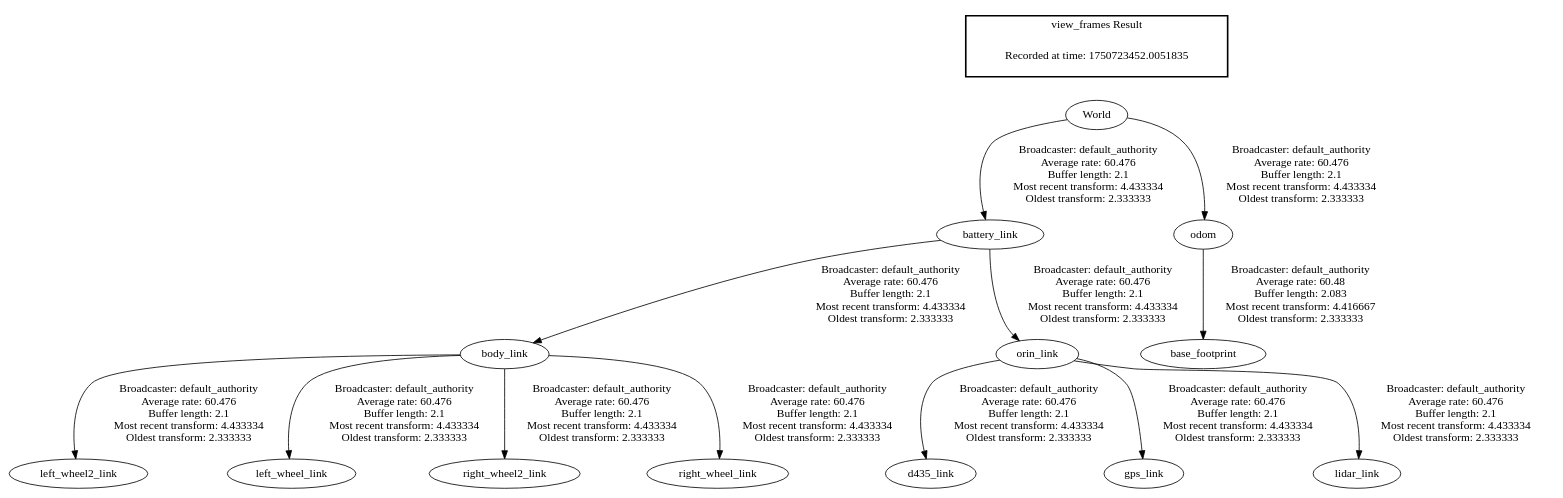
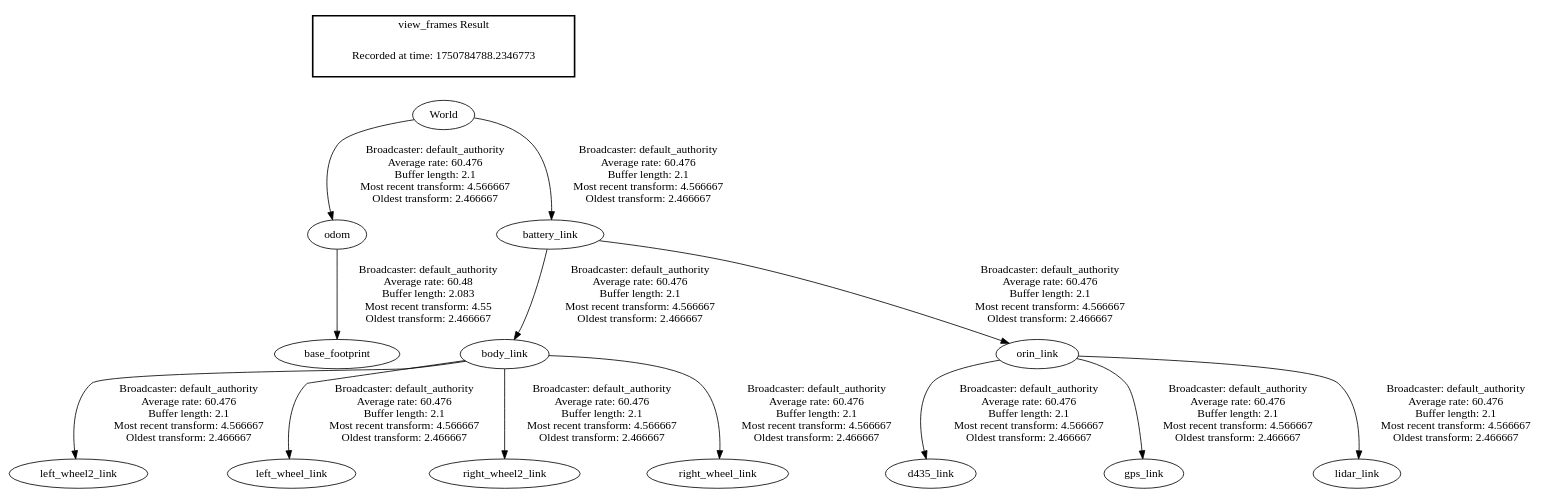
One commit to StuartGJohnson/differential_drive_test changed the diagram in sim_check/isaac/frames_isaacsim.gv. Above: the diagram before and after it, drawn with Graphviz. The commit also changed 88 other files, not shown here.

```diff
--- a/sim_check/isaac/frames_isaacsim.gv
+++ b/sim_check/isaac/frames_isaacsim.gv
@@ -1,18 +1,18 @@
 digraph G {
-"World" -> "battery_link"[label=" Broadcaster: default_authority\nAverage rate: 60.476\nBuffer length: 2.1\nMost recent transform: 4.433334\nOldest transform: 2.333333\n"];
-"battery_link" -> "body_link"[label=" Broadcaster: default_authority\nAverage rate: 60.476\nBuffer length: 2.1\nMost recent transform: 4.433334\nOldest transform: 2.333333\n"];
-"battery_link" -> "orin_link"[label=" Broadcaster: default_authority\nAverage rate: 60.476\nBuffer length: 2.1\nMost recent transform: 4.433334\nOldest transform: 2.333333\n"];
-"body_link" -> "left_wheel2_link"[label=" Broadcaster: default_authority\nAverage rate: 60.476\nBuffer length: 2.1\nMost recent transform: 4.433334\nOldest transform: 2.333333\n"];
-"body_link" -> "left_wheel_link"[label=" Broadcaster: default_authority\nAverage rate: 60.476\nBuffer length: 2.1\nMost recent transform: 4.433334\nOldest transform: 2.333333\n"];
-"body_link" -> "right_wheel2_link"[label=" Broadcaster: default_authority\nAverage rate: 60.476\nBuffer length: 2.1\nMost recent transform: 4.433334\nOldest transform: 2.333333\n"];
-"body_link" -> "right_wheel_link"[label=" Broadcaster: default_authority\nAverage rate: 60.476\nBuffer length: 2.1\nMost recent transform: 4.433334\nOldest transform: 2.333333\n"];
-"orin_link" -> "d435_link"[label=" Broadcaster: default_authority\nAverage rate: 60.476\nBuffer length: 2.1\nMost recent transform: 4.433334\nOldest transform: 2.333333\n"];
-"orin_link" -> "gps_link"[label=" Broadcaster: default_authority\nAverage rate: 60.476\nBuffer length: 2.1\nMost recent transform: 4.433334\nOldest transform: 2.333333\n"];
-"orin_link" -> "lidar_link"[label=" Broadcaster: default_authority\nAverage rate: 60.476\nBuffer length: 2.1\nMost recent transform: 4.433334\nOldest transform: 2.333333\n"];
-"World" -> "odom"[label=" Broadcaster: default_authority\nAverage rate: 60.476\nBuffer length: 2.1\nMost recent transform: 4.433334\nOldest transform: 2.333333\n"];
-"odom" -> "base_footprint"[label=" Broadcaster: default_authority\nAverage rate: 60.48\nBuffer length: 2.083\nMost recent transform: 4.416667\nOldest transform: 2.333333\n"];
+"World" -> "odom"[label=" Broadcaster: default_authority\nAverage rate: 60.476\nBuffer length: 2.1\nMost recent transform: 4.566667\nOldest transform: 2.466667\n"];
+"odom" -> "base_footprint"[label=" Broadcaster: default_authority\nAverage rate: 60.48\nBuffer length: 2.083\nMost recent transform: 4.55\nOldest transform: 2.466667\n"];
+"World" -> "battery_link"[label=" Broadcaster: default_authority\nAverage rate: 60.476\nBuffer length: 2.1\nMost recent transform: 4.566667\nOldest transform: 2.466667\n"];
+"battery_link" -> "body_link"[label=" Broadcaster: default_authority\nAverage rate: 60.476\nBuffer length: 2.1\nMost recent transform: 4.566667\nOldest transform: 2.466667\n"];
+"battery_link" -> "orin_link"[label=" Broadcaster: default_authority\nAverage rate: 60.476\nBuffer length: 2.1\nMost recent transform: 4.566667\nOldest transform: 2.466667\n"];
+"body_link" -> "left_wheel2_link"[label=" Broadcaster: default_authority\nAverage rate: 60.476\nBuffer length: 2.1\nMost recent transform: 4.566667\nOldest transform: 2.466667\n"];
+"body_link" -> "left_wheel_link"[label=" Broadcaster: default_authority\nAverage rate: 60.476\nBuffer length: 2.1\nMost recent transform: 4.566667\nOldest transform: 2.466667\n"];
+"body_link" -> "right_wheel2_link"[label=" Broadcaster: default_authority\nAverage rate: 60.476\nBuffer length: 2.1\nMost recent transform: 4.566667\nOldest transform: 2.466667\n"];
+"body_link" -> "right_wheel_link"[label=" Broadcaster: default_authority\nAverage rate: 60.476\nBuffer length: 2.1\nMost recent transform: 4.566667\nOldest transform: 2.466667\n"];
+"orin_link" -> "d435_link"[label=" Broadcaster: default_authority\nAverage rate: 60.476\nBuffer length: 2.1\nMost recent transform: 4.566667\nOldest transform: 2.466667\n"];
+"orin_link" -> "gps_link"[label=" Broadcaster: default_authority\nAverage rate: 60.476\nBuffer length: 2.1\nMost recent transform: 4.566667\nOldest transform: 2.466667\n"];
+"orin_link" -> "lidar_link"[label=" Broadcaster: default_authority\nAverage rate: 60.476\nBuffer length: 2.1\nMost recent transform: 4.566667\nOldest transform: 2.466667\n"];
 edge [style=invis];
  subgraph cluster_legend { style=bold; color=black; label ="view_frames Result";
-"Recorded at time: 1750723452.0051835"[ shape=plaintext ] ;
+"Recorded at time: 1750784788.2346773"[ shape=plaintext ] ;
 }->"World";
 }
```
